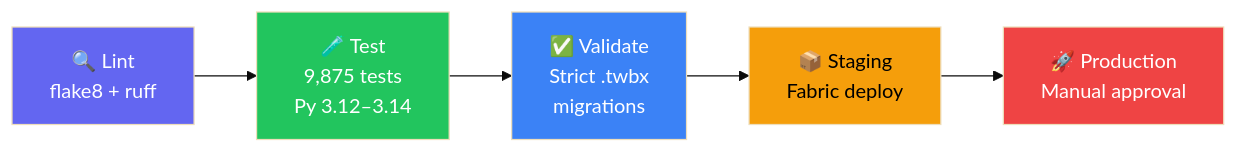
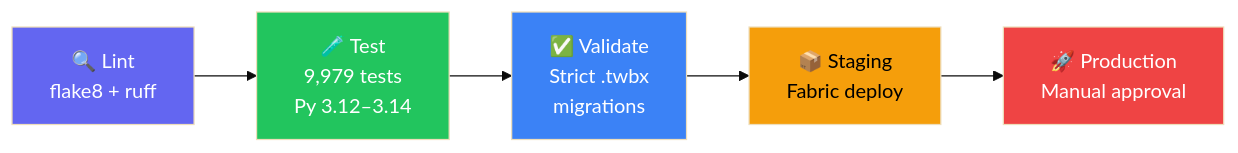
One commit to cyphou/TableauToPowerBI changed the fifth of 5 diagrams in README.md. Above: the diagram before and after it, drawn with Mermaid (base theme). The commit also changed other lines of this file and 11 other files, not shown here.

````diff
--- a/README.md
+++ b/README.md
@@ -907,13 +907,13 @@
 ```mermaid
 flowchart LR
-    L["🔍 Lint\nflake8 + ruff"] --> T["🧪 Test\n9,875 tests\nPy 3.12–3.14"]
+    L["🔍 Lint\nflake8 + ruff"] --> T["🧪 Test\n9,979 tests\nPy 3.12–3.14"]
     T --> V["✅ Validate\nStrict .twbx\nmigrations"]
     V --> S["📦 Staging\nFabric deploy"]
     S --> P["🚀 Production\nManual approval"]
     
     style L fill:#6366f1,color:#fff
     style T fill:#22c55e,color:#fff
     style V fill:#3b82f6,color:#fff
     style S fill:#f59e0b,color:#000
     style P fill:#ef4444,color:#fff
 ```
````
